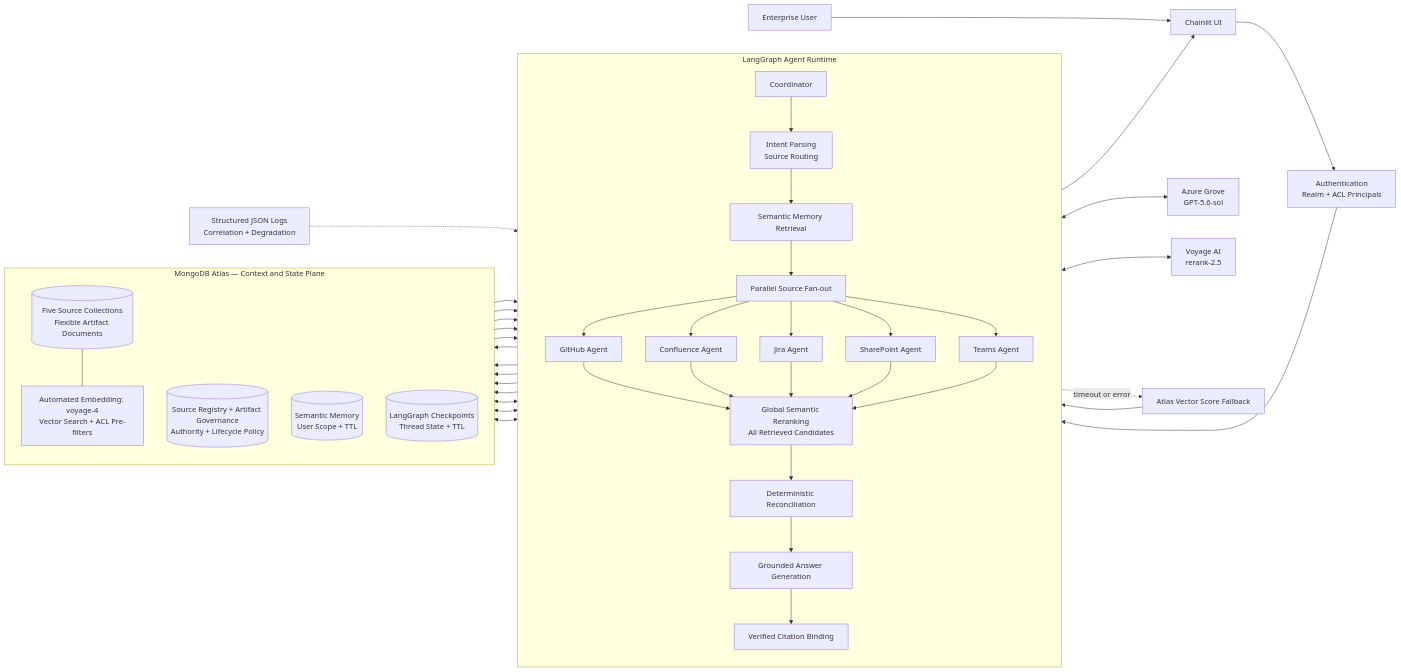
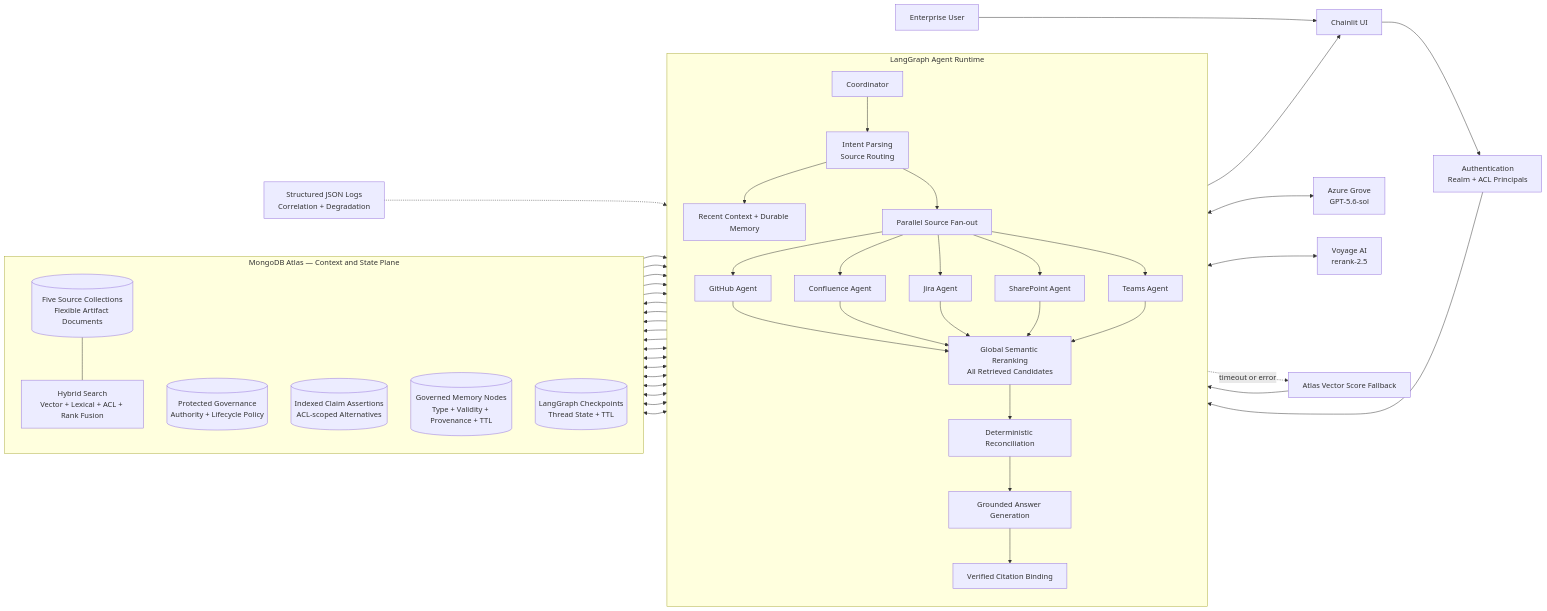
Before and after one commit to alxmancilla/Context_Retrieval_Demo: the diagram in ARCHITECTURE.md, drawn with Mermaid. The commit also changed other lines of this file and 51 other files, not shown here.

Commit message:
Harden retrieval demo architecture

````diff
--- a/ARCHITECTURE.md
+++ b/ARCHITECTURE.md
@@ -5,48 +9,50 @@
 ```mermaid
 flowchart LR
     U[Enterprise User] --> UI[Chainlit UI]
     UI --> SEC[Authentication<br/>Realm + ACL Principals]
     SEC --> LG
 
     subgraph APP[LangGraph Agent Runtime]
         direction TB
         LG[Coordinator] --> INT[Intent Parsing<br/>Source Routing]
-        INT --> MEM[Semantic Memory Retrieval]
-        MEM --> FAN[Parallel Source Fan-out]
+        INT --> MEM[Recent Context + Durable Memory]
+        INT --> FAN[Parallel Source Fan-out]
         FAN --> GH[GitHub Agent]
         FAN --> CF[Confluence Agent]
         FAN --> JI[Jira Agent]
         FAN --> SP[SharePoint Agent]
         FAN --> TM[Teams Agent]
         GH --> RR[Global Semantic Reranking<br/>All Retrieved Candidates]
         CF --> RR
         JI --> RR
         SP --> RR
         TM --> RR
         RR --> REC[Deterministic Reconciliation]
         REC --> GEN[Grounded Answer Generation]
         GEN --> CIT[Verified Citation Binding]
     end
 
     subgraph ATLAS[MongoDB Atlas — Context and State Plane]
         direction TB
         SRC[(Five Source Collections<br/>Flexible Artifact Documents)]
-        IDX[Automated Embedding: voyage-4<br/>Vector Search + ACL Pre-filters]
-        REG[(Source Registry + Artifact Governance<br/>Authority + Lifecycle Policy)]
-        SM[(Semantic Memory<br/>User Scope + TTL)]
+        IDX[Hybrid Search<br/>Vector + Lexical + ACL + Rank Fusion]
+        REG[(Protected Governance<br/>Authority + Lifecycle Policy)]
+        CLM[(Indexed Claim Assertions<br/>ACL-scoped Alternatives)]
+        SM[(Governed Memory Nodes<br/>Type + Validity + Provenance + TTL)]
         CP[(LangGraph Checkpoints<br/>Thread State + TTL)]
         SRC --- IDX
     end
 
     GH & CF & JI & SP & TM --> IDX
     IDX --> GH & CF & JI & SP & TM
     MEM <--> SM
     REC <--> REG
+    GH & CF & JI & SP & TM <--> CLM
     LG <--> CP
     GEN <--> GROVE[Azure Grove<br/>GPT-5.6-sol]
     RR <--> VOYAGE[Voyage AI<br/>rerank-2.5]
     RR -. timeout or error .-> FALLBACK[Atlas Vector Score Fallback]
     FALLBACK --> REC
     CIT --> UI
     OBS[Structured JSON Logs<br/>Correlation + Degradation] -.-> APP
 ```
````
